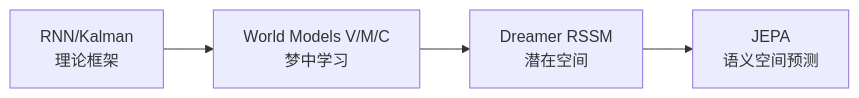
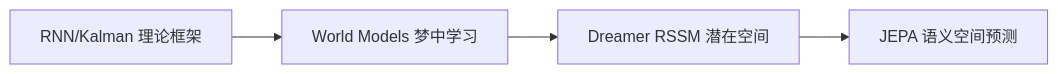
One commit to zhimin-z/learn-world-model changed the second of 2 diagrams in docs/zh/lectures/lecture-01-internal-simulation/02-four-eras.md. Above: the diagram before and after it, drawn with Mermaid. The commit also changed other lines of this file and 4 other files, not shown here.

Commit message:
Enhance lecture materials with updated diagrams and references for world models, including clarifications on STORM and new file additions for model components.

````diff
--- a/docs/zh/lectures/lecture-01-internal-simulation/02-four-eras.md
+++ b/docs/zh/lectures/lecture-01-internal-simulation/02-four-eras.md
@@ -50,4 +50,4 @@
 ```mermaid
 flowchart LR
-    A["RNN/Kalman\n理论框架"] --> B["World Models V/M/C\n梦中学习"] --> C["Dreamer RSSM\n潜在空间"] --> D["JEPA\n语义空间预测"]
+    A[RNN/Kalman 理论框架] --> B[World Models 梦中学习] --> C[Dreamer RSSM 潜在空间] --> D[JEPA 语义空间预测]
 ```
````
